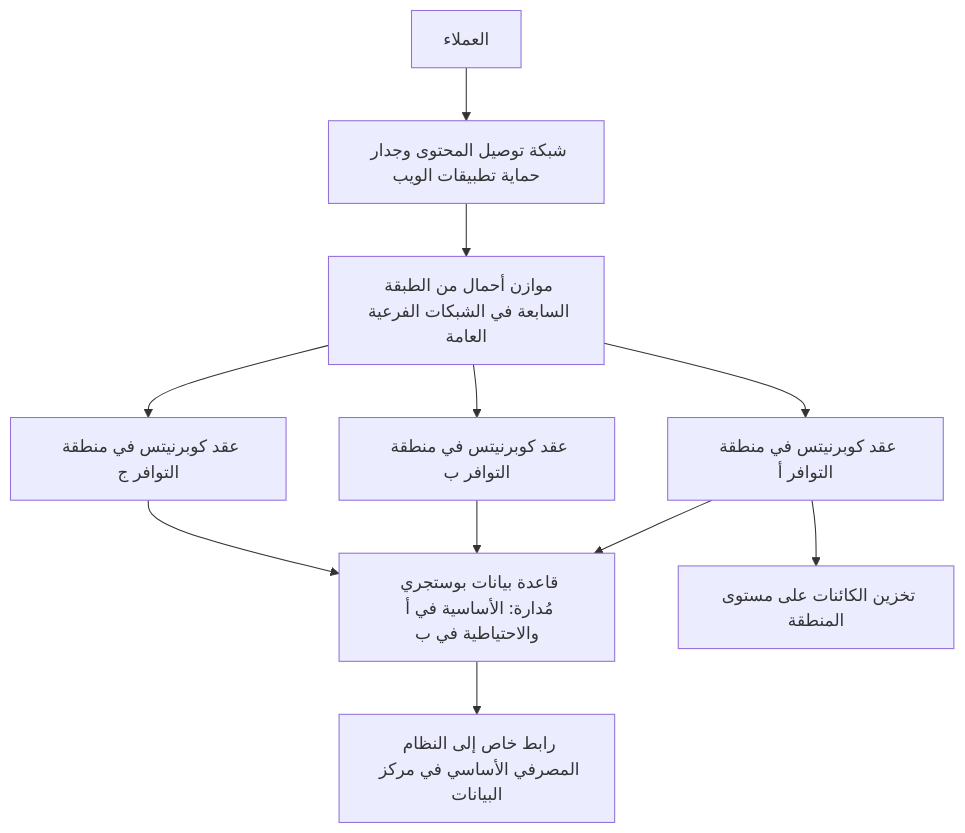
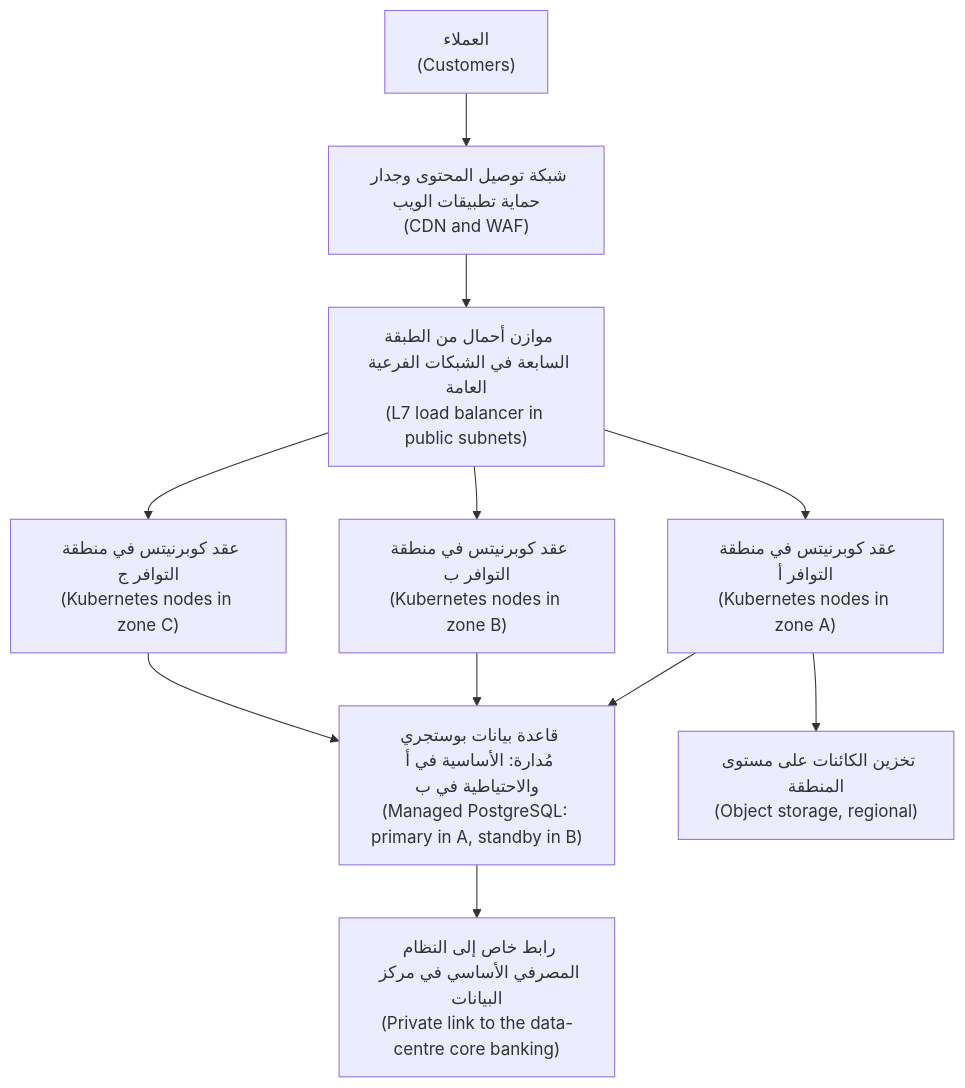
Before and after one commit to Tamoura/system-design-for-vibe-coders: the second of 3 diagrams in cloud/modules/01-foundations.ar.md, drawn with Mermaid. The commit also changed other lines of this file and 20 other files, not shown here.

First line of the commit message:
New courses: Arabic diagrams read right-to-left with English labels (modules 0–6)

````diff
--- a/cloud/modules/01-foundations.ar.md
+++ b/cloud/modules/01-foundations.ar.md
@@ -359,13 +359,13 @@
 ```mermaid
 flowchart TD
-    U["العملاء"] --> E["شبكة توصيل المحتوى وجدار حماية تطبيقات الويب"]
-    E --> LB["موازن أحمال من الطبقة السابعة في الشبكات الفرعية العامة"]
-    LB --> A["عقد كوبرنيتس في منطقة التوافر أ"]
-    LB --> B["عقد كوبرنيتس في منطقة التوافر ب"]
-    LB --> C["عقد كوبرنيتس في منطقة التوافر ج"]
-    A --> DB["قاعدة بيانات بوستجري مُدارة: الأساسية في أ والاحتياطية في ب"]
+    U["العملاء<br/>(Customers)"] --> E["شبكة توصيل المحتوى وجدار حماية تطبيقات الويب<br/>(CDN and WAF)"]
+    E --> LB["موازن أحمال من الطبقة السابعة في الشبكات الفرعية العامة<br/>(L7 load balancer in public subnets)"]
+    LB --> A["عقد كوبرنيتس في منطقة التوافر أ<br/>(Kubernetes nodes in zone A)"]
+    LB --> B["عقد كوبرنيتس في منطقة التوافر ب<br/>(Kubernetes nodes in zone B)"]
+    LB --> C["عقد كوبرنيتس في منطقة التوافر ج<br/>(Kubernetes nodes in zone C)"]
+    A --> DB["قاعدة بيانات بوستجري مُدارة: الأساسية في أ والاحتياطية في ب<br/>(Managed PostgreSQL: primary in A, standby in B)"]
     B --> DB
     C --> DB
-    A --> OS["تخزين الكائنات على مستوى المنطقة"]
-    DB --> DC["رابط خاص إلى النظام المصرفي الأساسي في مركز البيانات"]
+    A --> OS["تخزين الكائنات على مستوى المنطقة<br/>(Object storage, regional)"]
+    DB --> DC["رابط خاص إلى النظام المصرفي الأساسي في مركز البيانات<br/>(Private link to the data-centre core banking)"]
 ```
````
